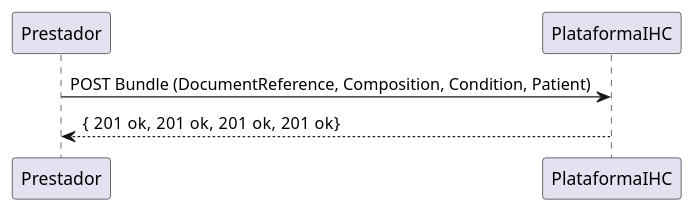
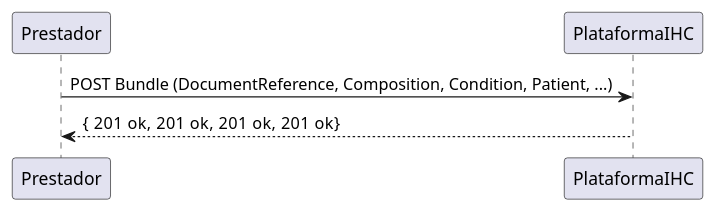
Before and after one commit to cens-chile/IG-ihce-co: the diagram in input/images-source/GuardarRDA.plantuml, drawn with PlantUML. The commit also changed 9 other files, not shown here.

```diff
--- a/input/images-source/GuardarRDA.plantuml
+++ b/input/images-source/GuardarRDA.plantuml
@@ -1,4 +1,4 @@
 @startuml
-Prestador -> PlataformaIHC: POST Bundle (DocumentReference, Composition, Condition, Patient)
+Prestador -> PlataformaIHC: POST Bundle (DocumentReference, Composition, Condition, Patient, ...)
 PlataformaIHC --> Prestador: { 201 ok,  201 ok,  201 ok,  201 ok}
 @enduml
```
